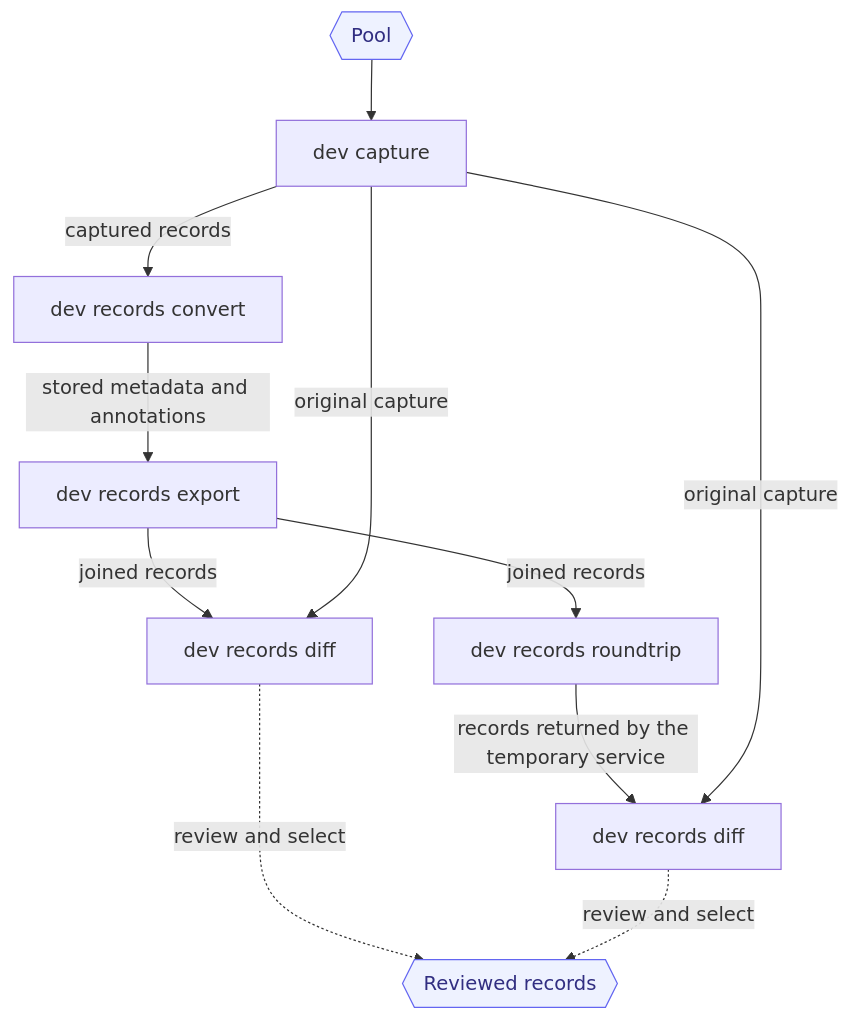
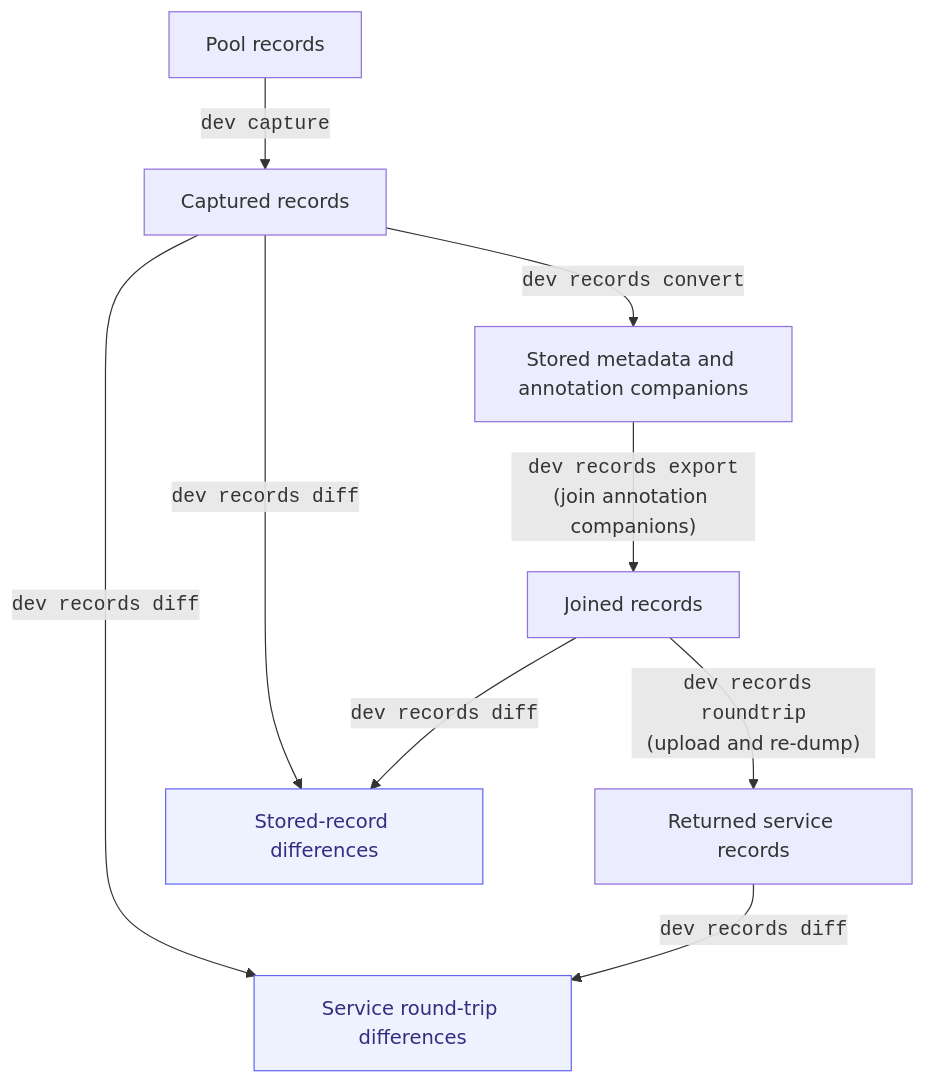
The first of 3 diagrams in docs/agents/staged-upstream-validation.md (ORINOCO-Lite/orinoco-lite-dev), drawn with Mermaid before and after one commit. The commit also changed other lines of this file, not shown here.

````diff
--- a/docs/agents/staged-upstream-validation.md
+++ b/docs/agents/staged-upstream-validation.md
@@ -27,14 +33,12 @@
 ```mermaid
 flowchart TB
-  pool{{"Pool"}}:::boundary --> capture["dev capture"]
-  capture -->|captured records| convert["dev records convert"]
-  convert -->|stored metadata and annotations| export["dev records export"]
-  export -->|joined records| storedcheck["dev records diff"]
-  capture -->|original capture| storedcheck
-  export -->|joined records| roundtrip["dev records roundtrip"]
-  roundtrip -->|records returned by the temporary service| servicecheck["dev records diff"]
-  capture -->|original capture| servicecheck
-  storedcheck -.->|review and select| records{{"Reviewed records"}}:::boundary
-  servicecheck -.->|review and select| records
-  classDef boundary fill:#eef2ff,stroke:#6366f1,color:#312e81
+  pool["Pool records"] -->|"<code>dev capture</code>"| raw["Captured records"]
+  raw -->|"<code>dev records convert</code>"| stored["Stored metadata and annotation companions"]
+  stored -->|"<code>dev records export</code><br/>(join annotation companions)"| joined["Joined records"]
+  joined -->|"<code>dev records roundtrip</code><br/>(upload and re-dump)"| returned["Returned service records"]
+  raw -->|"<code>dev records diff</code>"| storedreport["Stored-record differences"]:::report
+  joined -->|"<code>dev records diff</code>"| storedreport
+  raw -->|"<code>dev records diff</code>"| servicereport["Service round-trip differences"]:::report
+  returned -->|"<code>dev records diff</code>"| servicereport
+  classDef report fill:#eef2ff,stroke:#6366f1,color:#312e81
 ```
````
